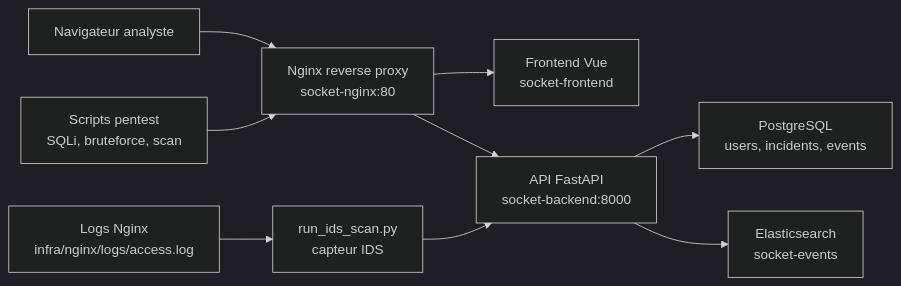
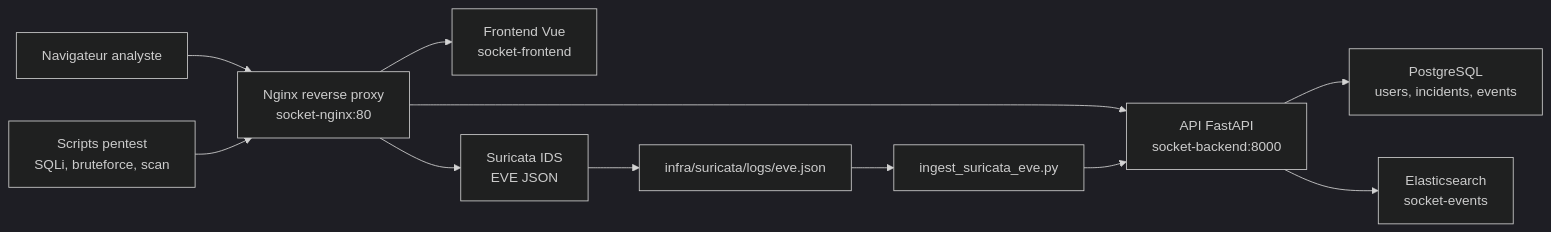
The diagram in docs/architecture.md (syassinehub/projet-socket-b3), drawn with Mermaid (dark theme) before and after one commit. The commit also changed other lines of this file and 25 other files, not shown here.

````diff
--- a/docs/architecture.md
+++ b/docs/architecture.md
@@ -13,11 +14,13 @@
 ```mermaid
 flowchart LR
     User["Navigateur analyste"] --> Proxy["Nginx reverse proxy\nsocket-nginx:80"]
     Proxy --> Web["Frontend Vue\nsocket-frontend"]
     Proxy --> Api["API FastAPI\nsocket-backend:8000"]
     Api --> Sql["PostgreSQL\nusers, incidents, events"]
     Api --> Es["Elasticsearch\nsocket-events"]
-    NginxLogs["Logs Nginx\ninfra/nginx/logs/access.log"] --> Sensor["run_ids_scan.py\ncapteur IDS"]
+    Proxy --> Suricata["Suricata IDS\nEVE JSON"]
+    Suricata --> Eve["infra/suricata/logs/eve.json"]
+    Eve --> Sensor["ingest_suricata_eve.py"]
     Sensor --> Api
     Pentest["Scripts pentest\nSQLi, bruteforce, scan"] --> Proxy
 ```
````
